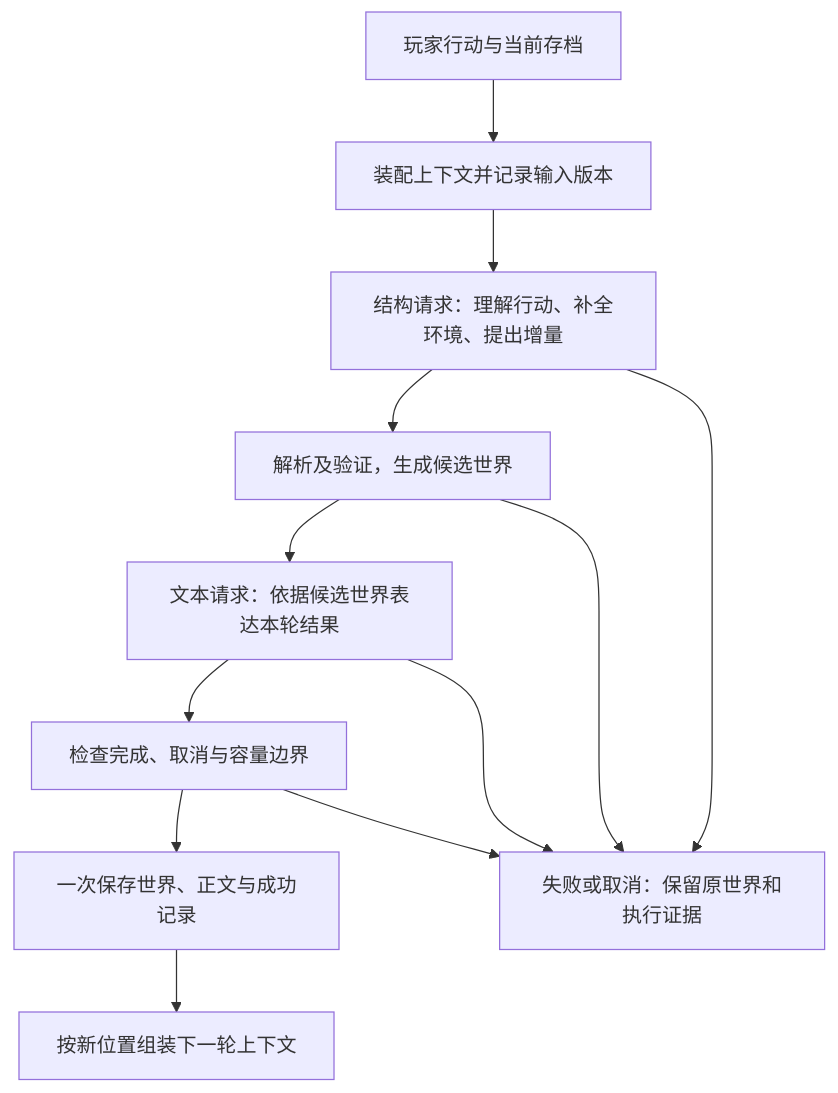
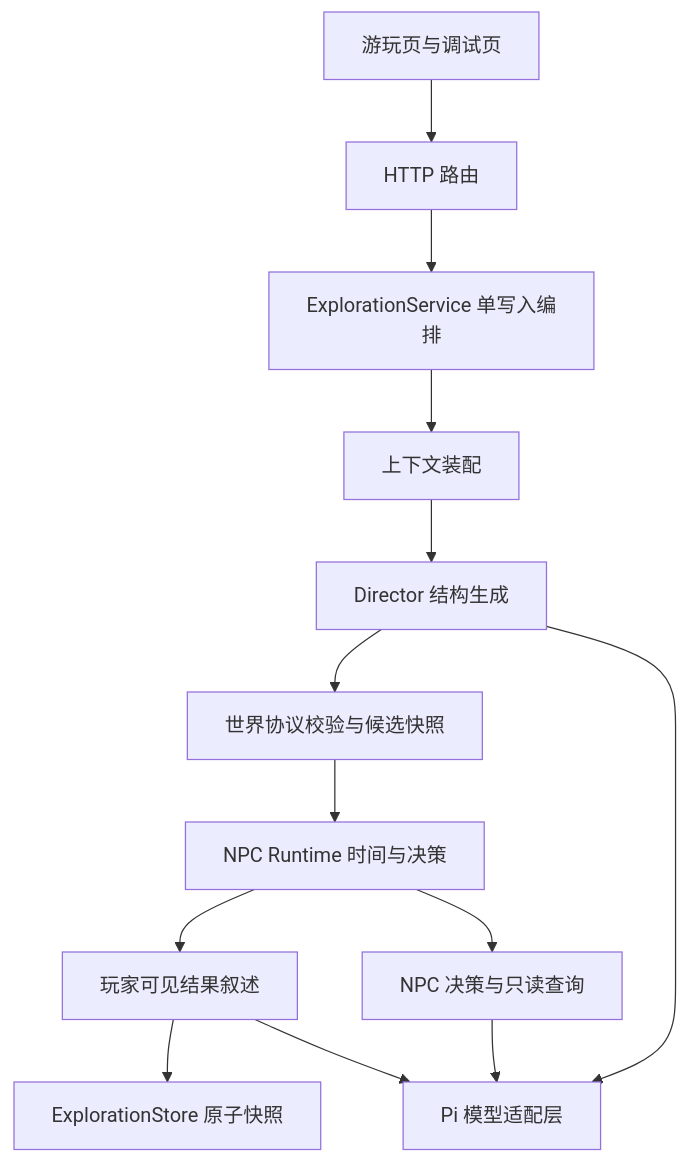
One commit to Skylength/NewWorld-V3 changed the diagram in docs/project/exploration/ARCHITECTURE.md. Above: the diagram before and after it, drawn with Mermaid. The commit also changed other lines of this file and 32 other files, not shown here.

````diff
--- a/docs/project/exploration/ARCHITECTURE.md
+++ b/docs/project/exploration/ARCHITECTURE.md
@@ -132,14 +11,15 @@
 ```mermaid
 flowchart TD
-    A[玩家行动与当前存档] --> B[装配上下文并记录输入版本]
-    B --> C[结构请求：理解行动、补全环境、提出增量]
-    C --> D[解析及验证，生成候选世界]
-    D --> E[文本请求：依据候选世界表达本轮结果]
-    E --> F[检查完成、取消与容量边界]
-    F --> G[一次保存世界、正文与成功记录]
-    G --> H[按新位置组装下一轮上下文]
-    C --> X[失败或取消：保留原世界和执行证据]
-    D --> X
-    E --> X
-    F --> X
+  UI[游玩页与调试页] --> HTTP[HTTP 路由]
+  HTTP --> S[ExplorationService 单写入编排]
+  S --> C[上下文装配]
+  C --> D[Director 结构生成]
+  D --> V[世界协议校验与候选快照]
+  V --> R[NPC Runtime 时间与决策]
+  R --> N[玩家可见结果叙述]
+  N --> P[ExplorationStore 原子快照]
+  R --> A[NPC 决策与只读查询]
+  A --> M[Pi 模型适配层]
+  D --> M
+  N --> M
 ```
````
